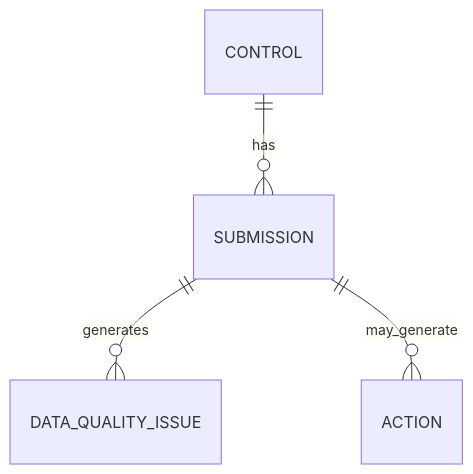
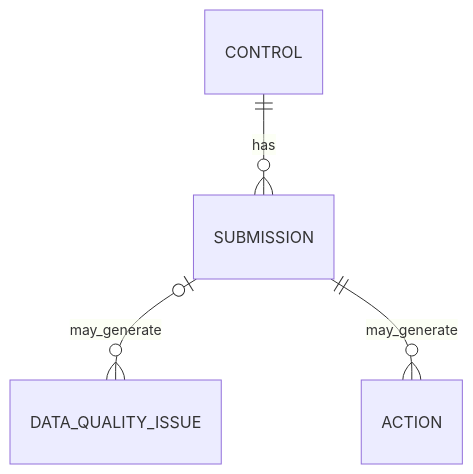
The diagram in docs/data_model.md (gw-ai-security/cyber-governance-automation-lab), drawn with Mermaid before and after one commit. The commit also changed other lines of this file and 3 other files, not shown here.

````diff
--- a/docs/data_model.md
+++ b/docs/data_model.md
@@ -237,6 +239,6 @@
 ```mermaid
 erDiagram
     CONTROL ||--o{ SUBMISSION : has
-    SUBMISSION ||--o{ DATA_QUALITY_ISSUE : generates
+    SUBMISSION o|--o{ DATA_QUALITY_ISSUE : may_generate
     SUBMISSION ||--o{ ACTION : may_generate
 ```
````
